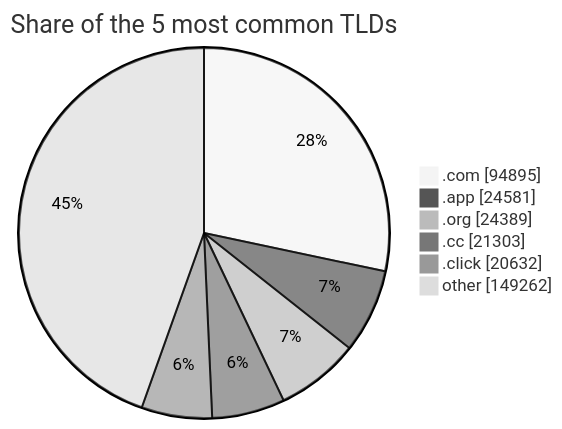
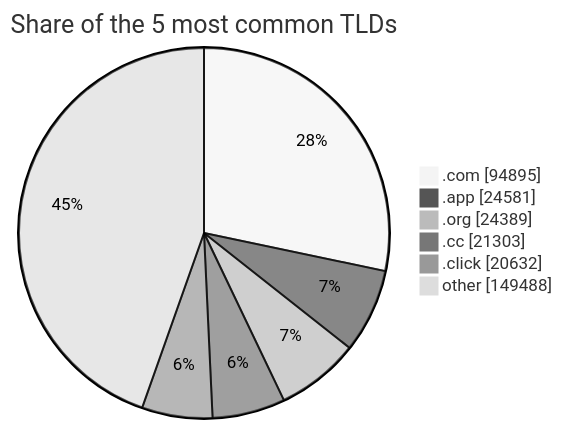
One commit to DNSBunker/CTI changed the third of 3 diagrams in README.md. Above: the diagram before and after it, drawn with Mermaid (neutral theme). The commit also changed other lines of this file and 4 other files, not shown here.

````diff
--- a/README.md
+++ b/README.md
@@ -81,9 +81,9 @@
 ```mermaid
 pie showData title Share of the 5 most common TLDs
     ".com" : 94895
     ".app" : 24581
     ".org" : 24389
     ".cc" : 21303
     ".click" : 20632
-    "other" : 149262
+    "other" : 149488
 ```
````
